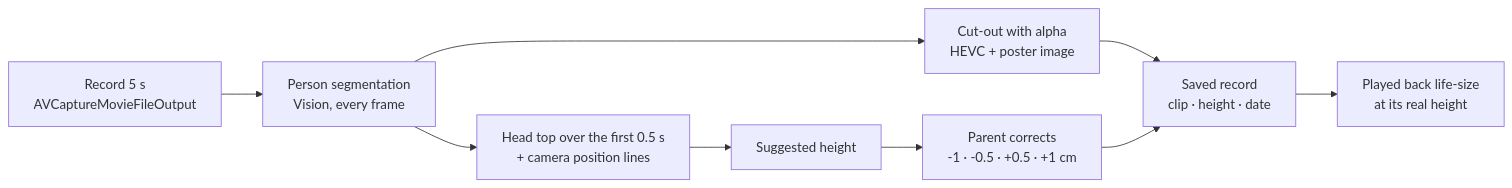
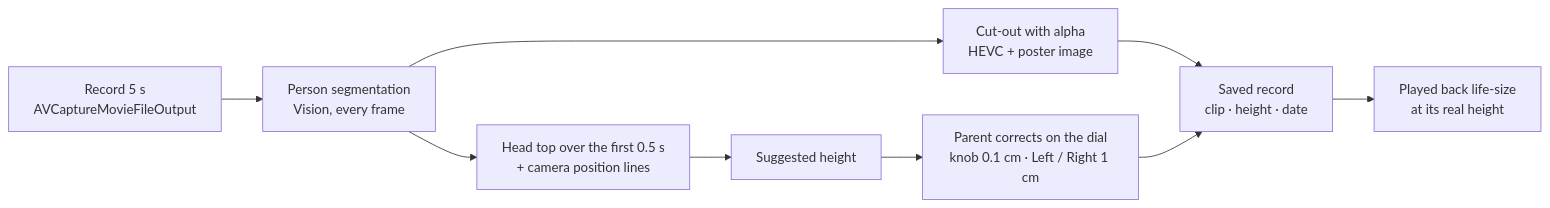
One commit to chaneeii/HeightRitual changed the third of 3 diagrams in README.md. Above: the diagram before and after it, drawn with Mermaid. The commit also changed other lines of this file and 1 other file, not shown here.

````diff
--- a/README.md
+++ b/README.md
@@ -110,11 +113,11 @@
 ```mermaid
 flowchart LR
     A["Record 5 s<br/>AVCaptureMovieFileOutput"] --> B["Person segmentation<br/>Vision, every frame"]
     B --> C["Cut-out with alpha<br/>HEVC + poster image"]
     B --> D["Head top over the first 0.5 s<br/>+ camera position lines"]
     D --> E["Suggested height"]
-    E --> F["Parent corrects<br/>-1 · -0.5 · +0.5 · +1 cm"]
+    E --> F["Parent corrects on the dial<br/>knob 0.1 cm · Left / Right 1 cm"]
     C --> G["Saved record<br/>clip · height · date"]
     F --> G
     G --> H["Played back life-size<br/>at its real height"]
 ```
````
